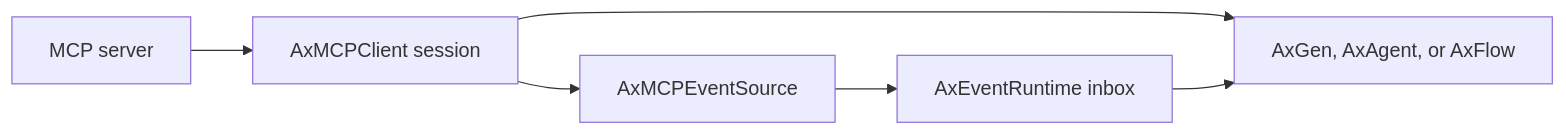
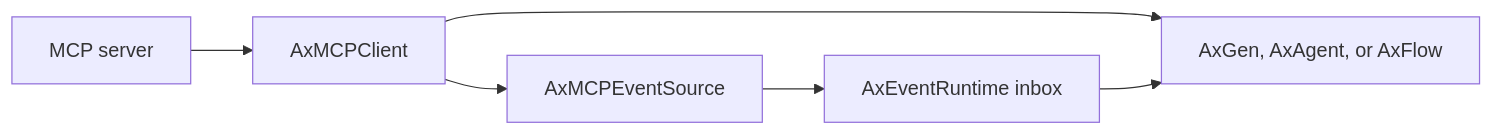
One commit to ax-llm/ax changed the diagram in website/content-src/templates/concept-mcp.md. Above: the diagram before and after it, drawn with Mermaid. The commit also changed other lines of this file and 116 other files, not shown here.

Commit message:
feat(mcp): document dual-era client

````diff
--- a/website/content-src/templates/concept-mcp.md
+++ b/website/content-src/templates/concept-mcp.md
@@ -7,8 +7,8 @@
 ```mermaid
 flowchart LR
-  Server["MCP server"] --> Session["AxMCPClient session"]
-  Session --> Program["AxGen, AxAgent, or AxFlow"]
-  Session --> Events["AxMCPEventSource"]
+  Server["MCP server"] --> Client["AxMCPClient"]
+  Client --> Program["AxGen, AxAgent, or AxFlow"]
+  Client --> Events["AxMCPEventSource"]
   Events --> Inbox["AxEventRuntime inbox"]
   Inbox --> Program
 ```
````
